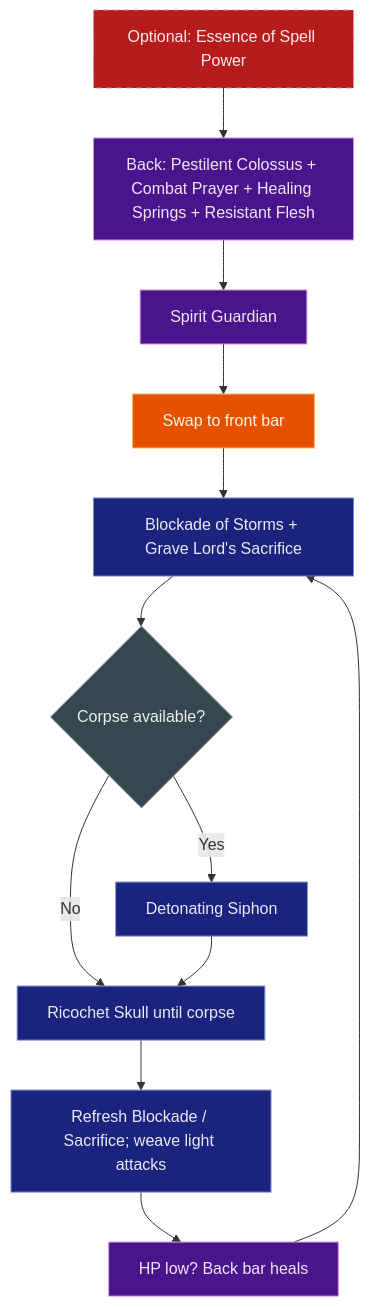
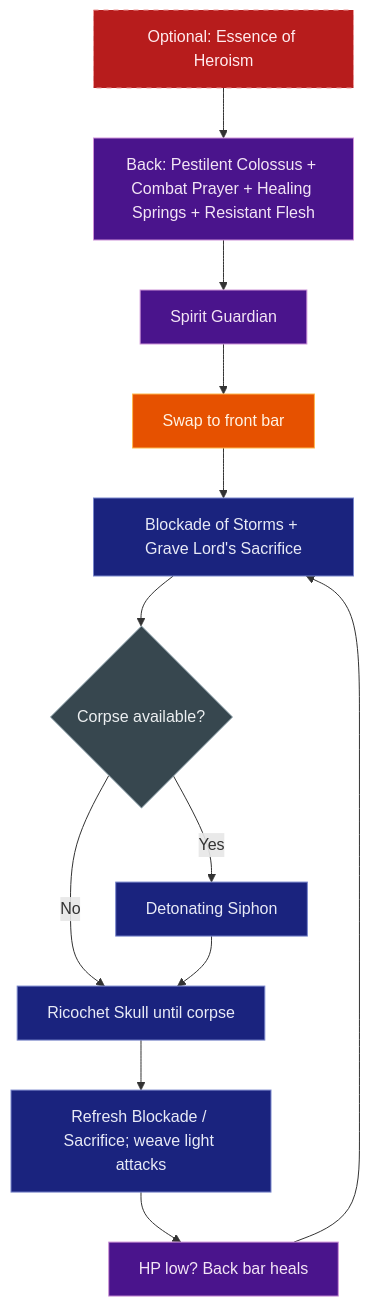
One commit to solaegis/CharacterMarkdown changed the second of 3 diagrams in examples/solaegis/na/rilis_toxil_plan.md. Above: the diagram before and after it, drawn with Mermaid. The commit also changed other lines of this file and 23 other files, not shown here.

````diff
--- a/examples/solaegis/na/rilis_toxil_plan.md
+++ b/examples/solaegis/na/rilis_toxil_plan.md
@@ -155,20 +155,20 @@
 ```mermaid
 flowchart TD
     classDef start fill:#B71C1C,stroke:#EF9A9A,stroke-dasharray:5 5,color:#FFEBEE
     classDef backbar fill:#4A148C,stroke:#CE93D8,color:#F3E5F5
     classDef swap fill:#E65100,stroke:#FFB74D,color:#FFF3E3
     classDef frontbar fill:#1A237E,stroke:#7986CB,color:#E8EAF6
     classDef corpse fill:#37474F,stroke:#90A4AE,color:#ECEFF1
 
-    A["Optional: Essence of Spell Power"]:::start --> B["Back: Pestilent Colossus + Combat Prayer + Healing Springs + Resistant Flesh"]:::backbar
+    A["Optional: Essence of Heroism"]:::start --> B["Back: Pestilent Colossus + Combat Prayer + Healing Springs + Resistant Flesh"]:::backbar
     B --> C["Spirit Guardian"]:::backbar
     C --> D["Swap to front bar"]:::swap
     D --> E["Blockade of Storms + Grave Lord's Sacrifice"]:::frontbar
     E --> F{"Corpse available?"}:::corpse
     F -->|Yes| G["Detonating Siphon"]:::frontbar
     F -->|No| H["Ricochet Skull until corpse"]:::frontbar
     G --> H
     H --> I["Refresh Blockade / Sacrifice; weave light attacks"]:::frontbar
     I --> J["HP low? Back bar heals"]:::backbar
     J --> E
 ```
````
